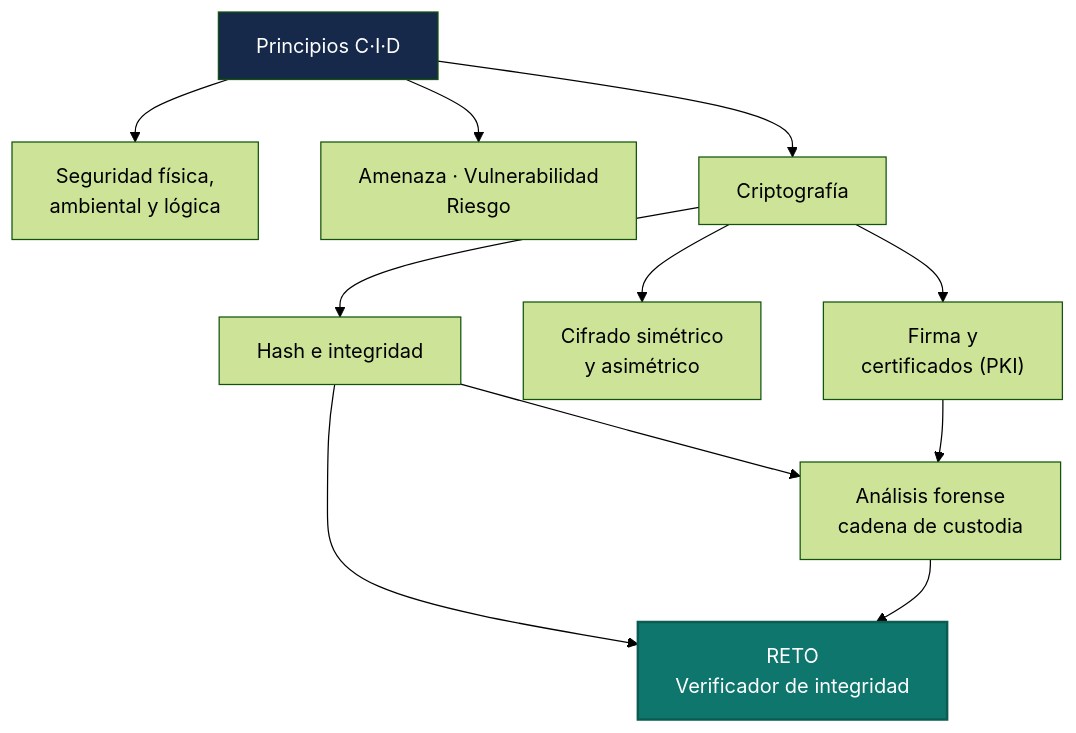
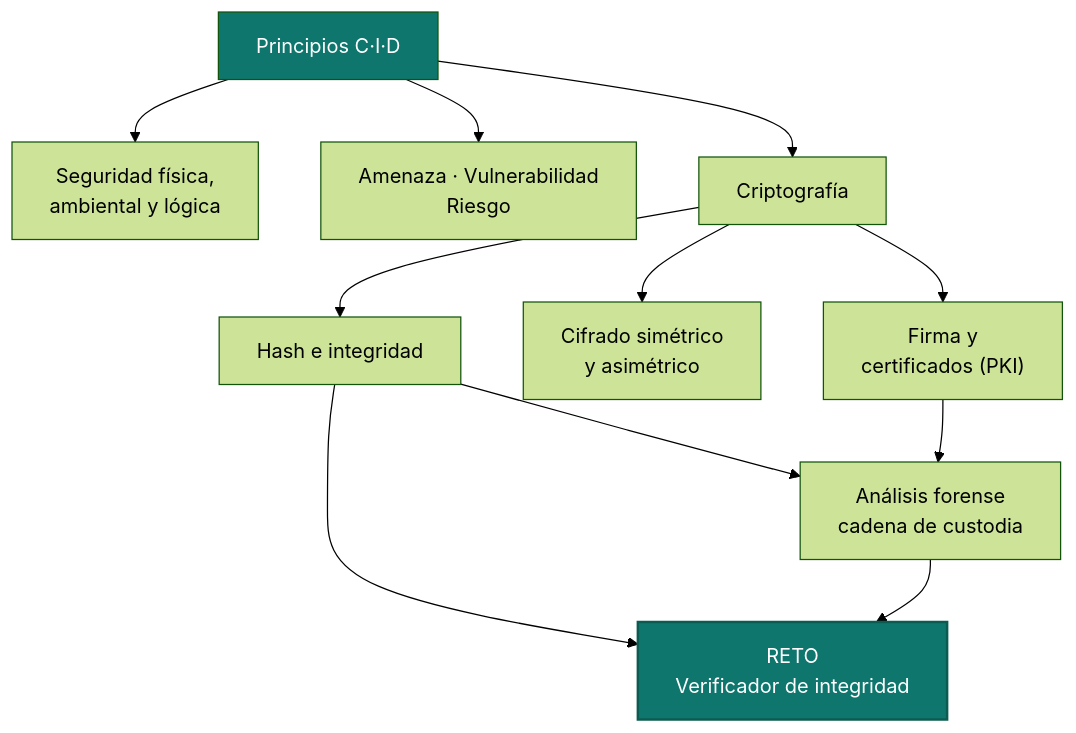
The first of 9 diagrams in docs/ud1/index.md (campusdevfp/cybersec2627), drawn with Mermaid (forest theme) before and after one commit. The commit also changed other lines of this file, not shown here.

````diff
--- a/docs/ud1/index.md
+++ b/docs/ud1/index.md
@@ -10,15 +10,15 @@
 ```mermaid
 flowchart TB
     A["Principios C·I·D"] --> B["Seguridad física,<br/>ambiental y lógica"]
     A --> R["Amenaza · Vulnerabilidad<br/>Riesgo"]
     A --> C["Criptografía"]
     C --> C1["Hash e integridad"]
     C --> C2["Cifrado simétrico<br/>y asimétrico"]
     C --> C3["Firma y<br/>certificados (PKI)"]
     C1 --> D["Análisis forense<br/>cadena de custodia"]
     C3 --> D
     C1 --> P["RETO<br/>Verificador de integridad"]
     D --> P
     style P fill:#0f766e,color:#fff,stroke:#0a5c52,stroke-width:2px
-    style A fill:#16294a,color:#fff
+    style A fill:#0f766e,color:#fff
 ```
````
